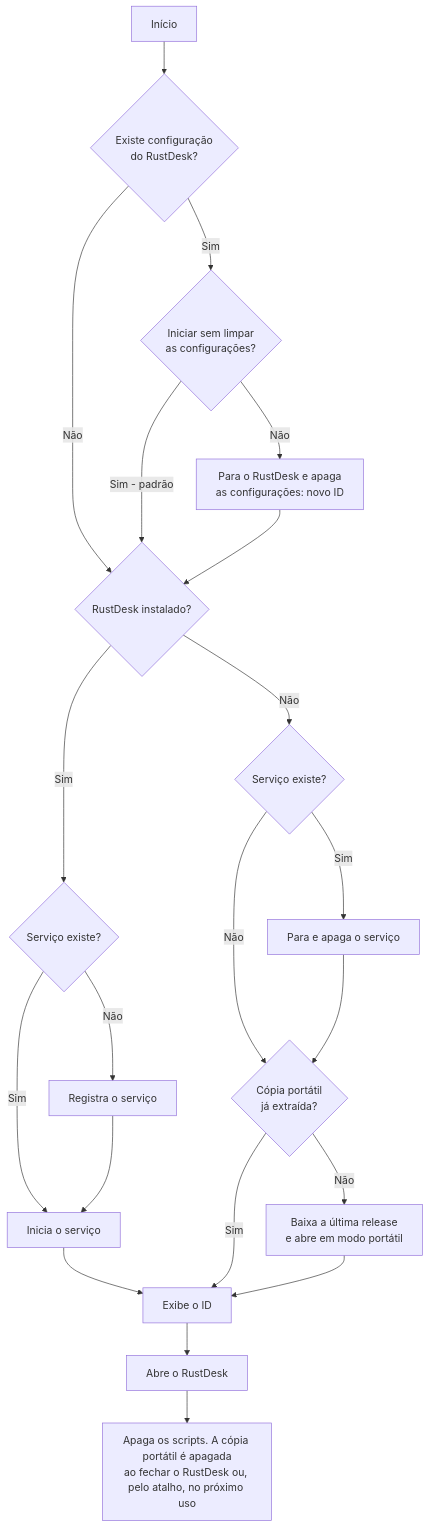
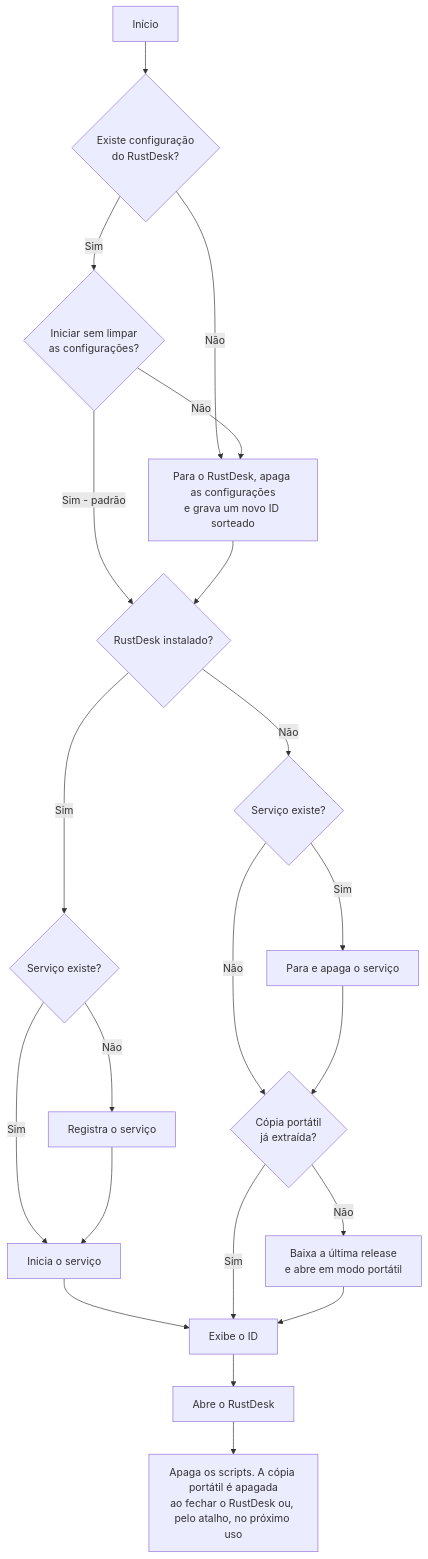
One commit to wevertonmbrtx/rustdesk changed the diagram in README.md. Above: the diagram before and after it, drawn with Mermaid. The commit also changed other lines of this file and 1 other file, not shown here.

Commit message:
Atualiza a lógica de geração de ID no script initrd.bat para gravar um ID sorteado ao zerar as configurações do RustDesk. Melhora a documentação no README.md para refletir essas mudanças.

````diff
--- a/README.md
+++ b/README.md
@@ -56,23 +56,23 @@
 ```mermaid
 graph TD
     A[Início] --> B{Existe configuração<br/>do RustDesk?}
-    B -->|Não| E{RustDesk instalado?}
+    B -->|Não| D[Para o RustDesk, apaga as configurações<br/>e grava um novo ID sorteado]
     B -->|Sim| C{Iniciar sem limpar<br/>as configurações?}
-    C -->|Sim - padrão| E
-    C -->|Não| D[Para o RustDesk e apaga<br/>as configurações: novo ID]
+    C -->|Sim - padrão| E{RustDesk instalado?}
+    C -->|Não| D
     D --> E
     E -->|Sim| F{Serviço existe?}
     F -->|Não| G[Registra o serviço]
     F -->|Sim| H[Inicia o serviço]
     G --> H
     H --> M[Exibe o ID]
     E -->|Não| I{Serviço existe?}
     I -->|Sim| J[Para e apaga o serviço]
     I -->|Não| K{Cópia portátil<br/>já extraída?}
     J --> K
     K -->|Sim| M
     K -->|Não| L[Baixa a última release<br/>e abre em modo portátil]
     L --> M
     M --> N[Abre o RustDesk]
     N --> O[Apaga os scripts. A cópia portátil é apagada<br/>ao fechar o RustDesk ou, pelo atalho, no próximo uso]
 ```
````
